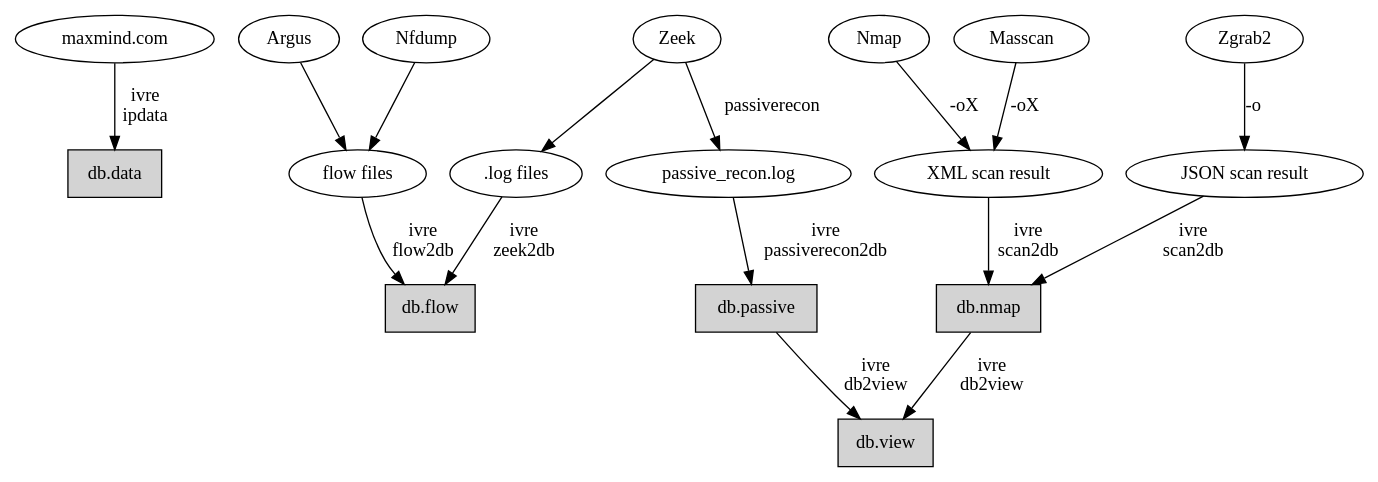
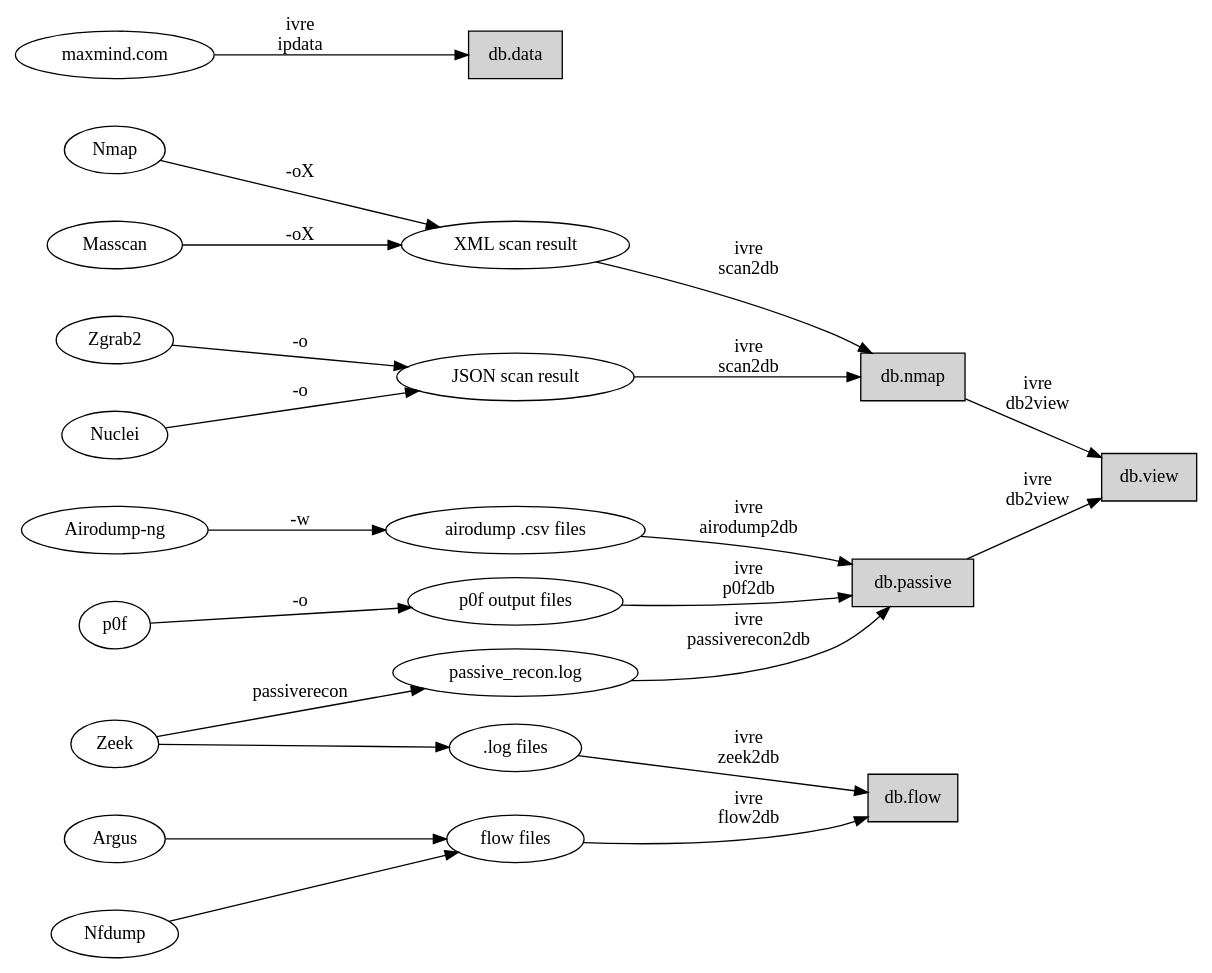
Before and after one commit to ivre/ivre: the first of 3 diagrams in doc/overview/principles.rst, drawn with Graphviz. The commit also changed other lines of this file and 14 other files, not shown here.

```diff
--- a/doc/overview/principles.rst
+++ b/doc/overview/principles.rst
@@ -69,30 +76,60 @@
 .. graphviz::
 
    digraph {
+      graph [rankdir=LR];
+
       "maxmind.com";
-      FLOWS [label="flow files"];
-      FLOW_LOG [label=".log files"];
-      PASS_LOG [label="passive_recon.log"];
+      "Nmap";
+      "Masscan";
+      "Zgrab2";
+      "Nuclei";
+      "Airodump-ng";
+      "p0f";
+      "Zeek";
+      "Zeek";
+      "Argus";
+      "Nfdump";
+
       XML [label="XML scan result"];
       JSON [label="JSON scan result"];
+      CSV_LOG [label="airodump .csv files"];
+      P0F_LOG [label="p0f output files"];
+      PASS_LOG [label="passive_recon.log"];
+      FLOW_LOG [label=".log files"];
+      FLOWS [label="flow files"];
+
       db_data [label="db.data" shape="box" style="filled"];
+      db_nmap [label="db.nmap" shape="box" style="filled"];
+      db_passive [label="db.passive" shape="box" style="filled"];
       db_flow [label="db.flow" shape="box" style="filled"];
-      db_passive [label="db.passive" shape="box" style="filled"];
-      db_nmap [label="db.nmap" shape="box" style="filled"];
       db_view [label="db.view" shape="box" style="filled"];
+
       "maxmind.com" -> db_data [label="ivre\nipdata"];
-      "Argus" -> FLOWS;
-      "Nfdump" -> FLOWS;
-      "Zeek" -> FLOW_LOG;
-      "Zeek" -> PASS_LOG [label="passiverecon"];
-      FLOWS -> db_flow [label="ivre\nflow2db"];
       "Nmap" -> XML [label="-oX"];
       "Masscan" -> XML [label="-oX"];
       "Zgrab2" -> JSON [label="-o"];
-      FLOW_LOG -> db_flow [label="ivre\nzeek2db"];
-      PASS_LOG -> db_passive [label="ivre\npassiverecon2db"];
+      "Nuclei" -> JSON [label="-o"];
+      "Airodump-ng" -> CSV_LOG [label="-w"];
+      "p0f" -> P0F_LOG [label="-o"];
+      "Zeek" -> PASS_LOG [label="passiverecon"];
+      "Zeek" -> FLOW_LOG;
+      "Argus" -> FLOWS;
+      "Nfdump" -> FLOWS;
+
       XML -> db_nmap [label="ivre\nscan2db"];
       JSON -> db_nmap [label="ivre\nscan2db"];
+      CSV_LOG -> db_passive [label="ivre\nairodump2db"];
+      P0F_LOG -> db_passive [label="ivre\np0f2db"];
+      PASS_LOG -> db_passive [label="ivre\npassiverecon2db"];
+      FLOW_LOG -> db_flow [label="ivre\nzeek2db"];
+      FLOWS -> db_flow [label="ivre\nflow2db"];
       db_passive -> db_view [label="ivre\ndb2view"];
       db_nmap -> db_view [label="ivre\ndb2view"];
+
+      {
+        rank = same;
+        edge[style=invis];
+        "maxmind.com" -> "Nmap" -> "Masscan" -> "Zgrab2" -> "Nuclei" -> "Airodump-ng" -> "p0f" -> "Zeek" -> "Zeek" -> "Argus" -> "Nfdump";
+        rankdir = UD;
+      }
    }
```
